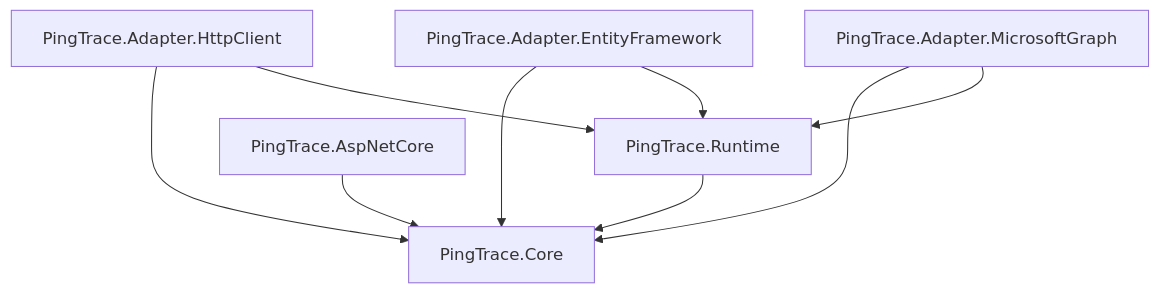
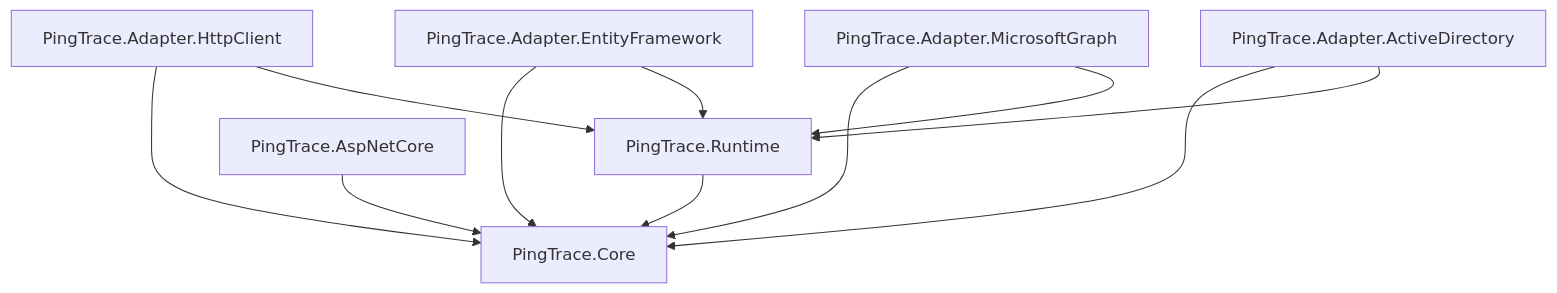
Before and after one commit to patware/PingTrace: the first of 2 diagrams in docs/architecture/ARCHITECTURE.md, drawn with Mermaid. The commit also changed other lines of this file and 23 other files, not shown here.

Commit message:
Implement Adapter ActiveDirectory

````diff
--- a/docs/architecture/ARCHITECTURE.md
+++ b/docs/architecture/ARCHITECTURE.md
@@ -28,11 +29,13 @@
 ```mermaid
 flowchart TD
     Runtime["PingTrace.Runtime"] --> Core["PingTrace.Core"]
     AspNetCore["PingTrace.AspNetCore"] --> Core
     HttpAdapter["PingTrace.Adapter.HttpClient"] --> Core
     HttpAdapter --> Runtime
     EfAdapter["PingTrace.Adapter.EntityFramework"] --> Core
     EfAdapter --> Runtime
     GraphAdapter["PingTrace.Adapter.MicrosoftGraph"] --> Core
     GraphAdapter --> Runtime
+    AdAdapter["PingTrace.Adapter.ActiveDirectory"] --> Core
+    AdAdapter --> Runtime
 ```
````
